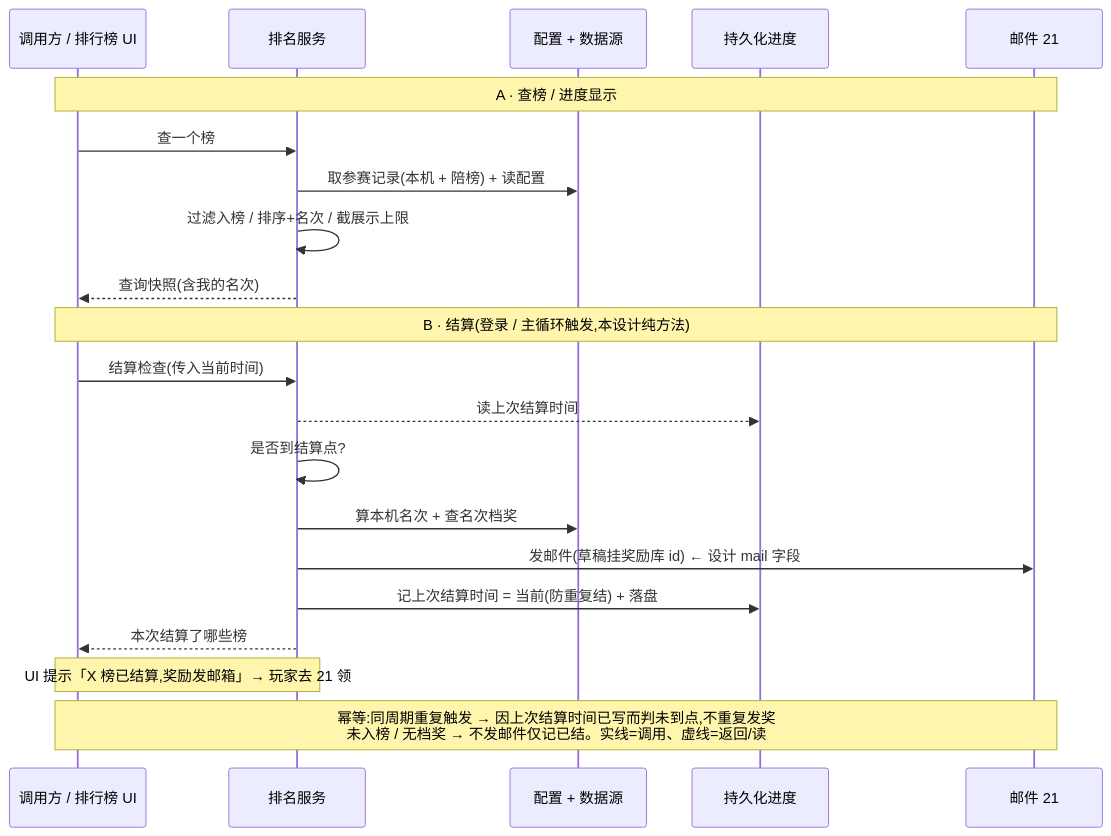
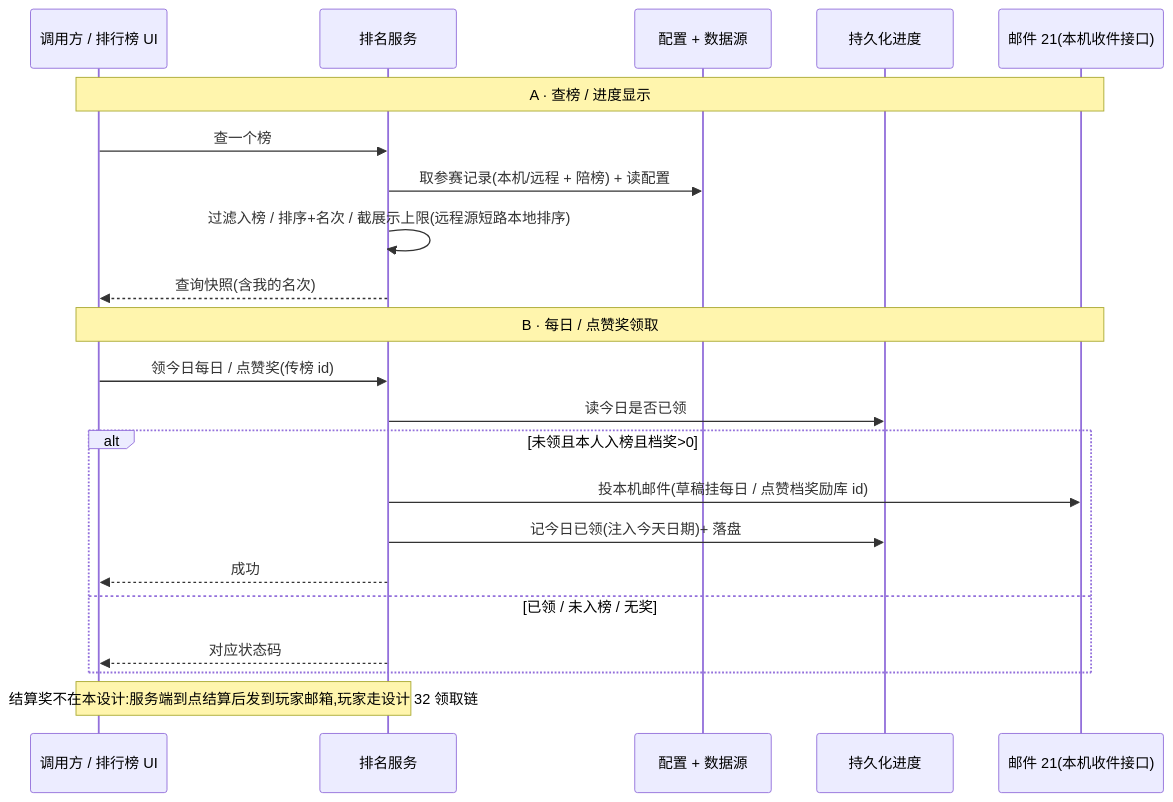
The second of 2 diagrams in UnityProject/design-docs/22-rank-system.md (zhoupeng921101/TEngine_zp), drawn with Mermaid before and after one commit. The commit also changed other lines of this file and 9 other files, not shown here.

````diff
--- a/UnityProject/design-docs/22-rank-system.md
+++ b/UnityProject/design-docs/22-rank-system.md
@@ -258,23 +257,24 @@
 ```mermaid
 sequenceDiagram
     participant U as 调用方 / 排行榜 UI
     participant R as 排名服务
     participant C as 配置 + 数据源
     participant P as 持久化进度
-    participant M as 邮件 21
+    participant M as 邮件 21(本机收件接口)
     Note over U,M: A · 查榜 / 进度显示
     U->>R: 查一个榜
-    R->>C: 取参赛记录(本机 + 陪榜) + 读配置
-    R->>R: 过滤入榜 / 排序+名次 / 截展示上限
+    R->>C: 取参赛记录(本机/远程 + 陪榜) + 读配置
+    R->>R: 过滤入榜 / 排序+名次 / 截展示上限(远程源短路本地排序)
     R-->>U: 查询快照(含我的名次)
-    Note over U,M: B · 结算(登录 / 主循环触发,本设计纯方法)
-    U->>R: 结算检查(传入当前时间)
-    R-->>P: 读上次结算时间
-    R->>R: 是否到结算点?
-    R->>C: 算本机名次 + 查名次档奖
-    R->>M: 发邮件(草稿挂奖励库 id) ← 设计 mail 字段
-    R->>P: 记上次结算时间 = 当前(防重复结) + 落盘
-    R-->>U: 本次结算了哪些榜
-    Note over U,R: UI 提示「X 榜已结算,奖励发邮箱」→ 玩家去 21 领
-    Note over U,M: 幂等:同周期重复触发 → 因上次结算时间已写而判未到点,不重复发奖<br/>未入榜 / 无档奖 → 不发邮件仅记已结。实线=调用、虚线=返回/读
+    Note over U,M: B · 每日 / 点赞奖领取
+    U->>R: 领今日每日 / 点赞奖(传榜 id)
+    R->>P: 读今日是否已领
+    alt 未领且本人入榜且档奖>0
+        R->>M: 投本机邮件(草稿挂每日 / 点赞档奖励库 id)
+        R->>P: 记今日已领(注入今天日期)+ 落盘
+        R-->>U: 成功
+    else 已领 / 未入榜 / 无奖
+        R-->>U: 对应状态码
+    end
+    Note over U,R: 结算奖不在本设计:服务端到点结算后发到玩家邮箱,玩家走设计 32 领取链
 ```
````
